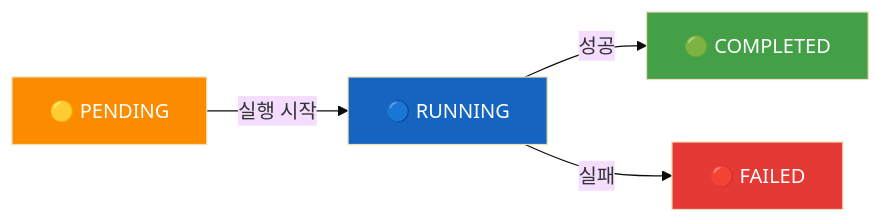
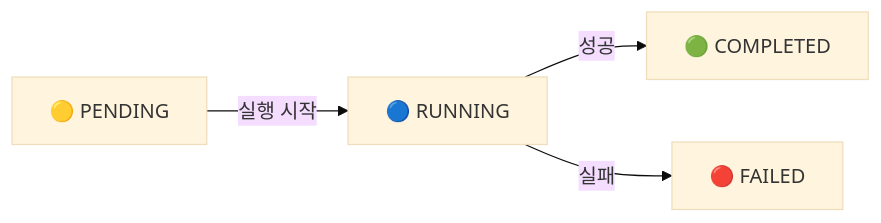
One commit to cybertarzan/vibe-crawler-handover changed the seventh of 7 diagrams in docs/backend/02-architecture-and-design.md. Above: the diagram before and after it, drawn with Mermaid (base theme). The commit also changed other lines of this file and 30 other files, not shown here.

Commit message:
style: 모든 mermaid 다이어그램에서 커스텀 배경색 제거 (기본 테마 사용)

````diff
--- a/docs/backend/02-architecture-and-design.md
+++ b/docs/backend/02-architecture-and-design.md
@@ -329,11 +312,7 @@
 ```mermaid
 flowchart LR
     SP["🟡 PENDING"] -->|실행 시작| SR["🔵 RUNNING"]
     SR -->|성공| SC["🟢 COMPLETED"]
     SR -->|실패| SF["🔴 FAILED"]
 
-    style SP fill:#FB8C00,color:#fff
-    style SR fill:#1565C0,color:#fff
-    style SC fill:#43A047,color:#fff
-    style SF fill:#e53935,color:#fff
 ```
````
